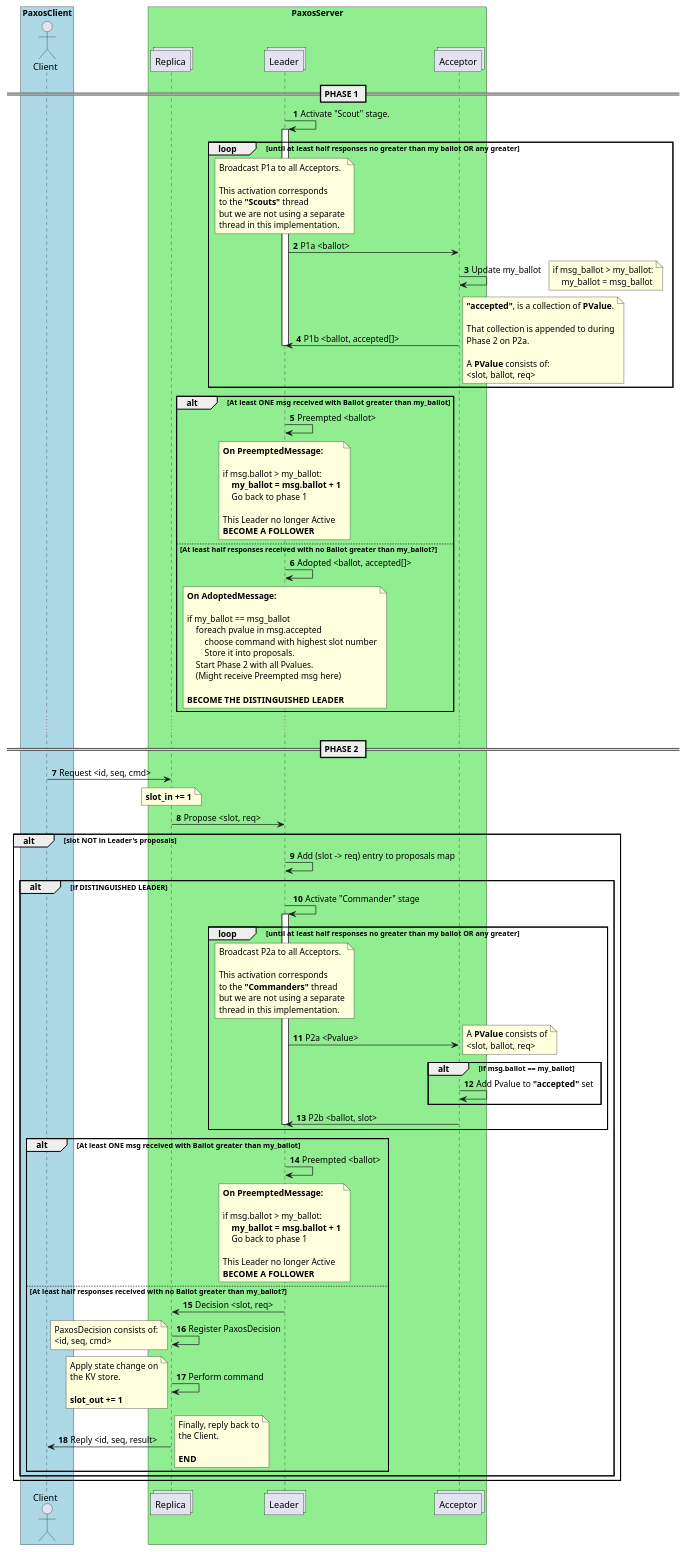
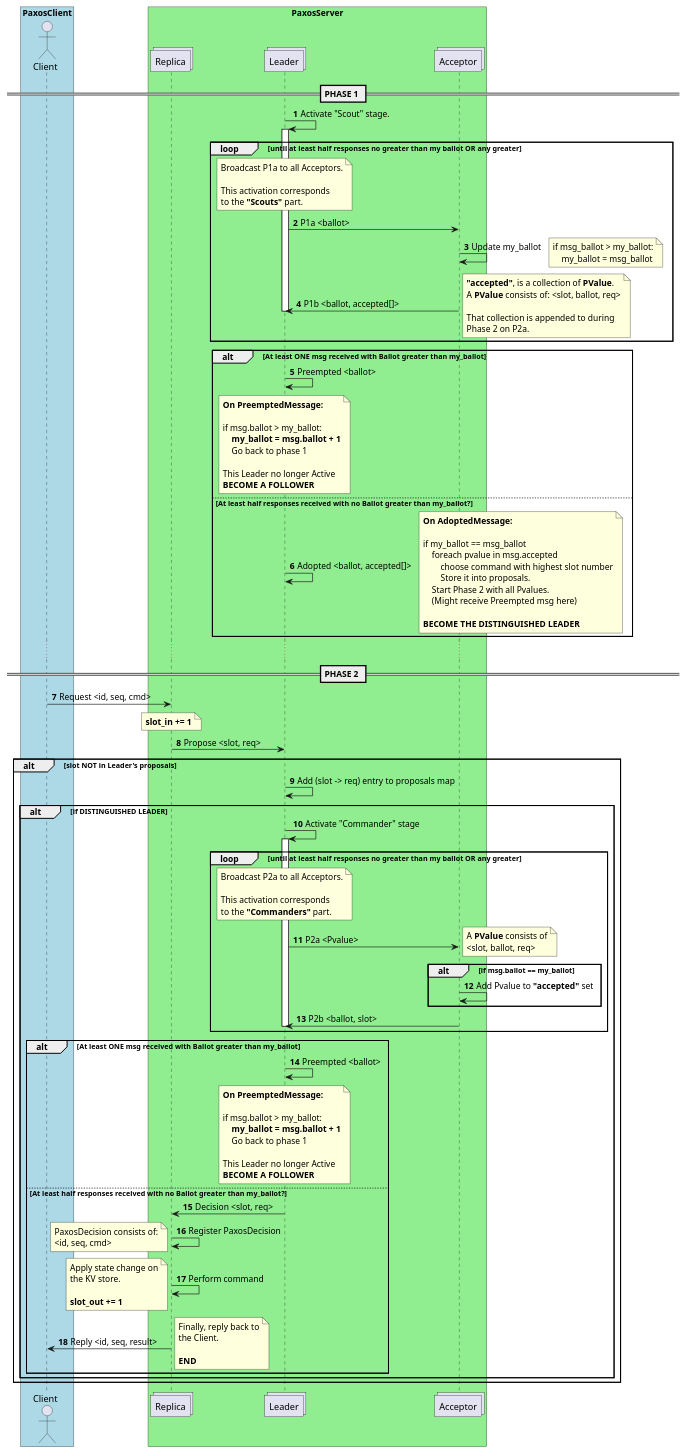
One commit to rodyce/paxos_understand changed the diagram in paxos_sequence.puml. Above: the diagram before and after it, drawn with PlantUML. The commit also changed 3 other files, not shown here.

```diff
--- a/paxos_sequence.puml
+++ b/paxos_sequence.puml
@@ -1,166 +1,160 @@
 @startuml PAXOS
 
 autonumber
 box "PaxosClient" #LightBlue
     actor Client
 end box
 box "PaxosServer" #LightGreen
     collections "Replica" as Replica
     collections "Leader" as Leader
     collections "Acceptor" as Acceptor
 end box
 
 
 == PHASE 1 ==
 
 Leader -> Leader : Activate "Scout" stage.
 
 activate Leader
 
 loop until at least half responses no greater than my ballot OR any greater
     note over Leader
         Broadcast P1a to all Acceptors.
 
         This activation corresponds
-        to the **"Scouts"** thread
-        but we are not using a separate
-        thread in this implementation.
+        to the **"Scouts"** part.
     end note
 
     Leader -> Acceptor : P1a <ballot>
 
     Acceptor -> Acceptor : Update my_ballot
     note right
         if msg_ballot > my_ballot:
             my_ballot = msg_ballot
     end note
 
     Acceptor -> Leader : P1b <ballot, accepted[]>
     note right
         **"accepted"**, is a collection of **PValue**.
+        A **PValue** consists of: <slot, ballot, req>
         
         That collection is appended to during
         Phase 2 on P2a.
-
-        A **PValue** consists of:
-        <slot, ballot, req>
     end note
 
     deactivate Leader
 end
 
 alt At least ONE msg received with Ballot greater than my_ballot
     Leader -> Leader : Preempted <ballot>
     note over Leader
         **On PreemptedMessage:**
 
         if msg.ballot > my_ballot:
             **my_ballot = msg.ballot + 1**
             Go back to phase 1
 
         This Leader no longer Active
         **BECOME A FOLLOWER**
     end note
 else At least half responses received with no Ballot greater than my_ballot?
     Leader -> Leader : Adopted <ballot, accepted[]>
-    note over Leader
+    note right
         **On AdoptedMessage:**
 
         if my_ballot == msg_ballot
             foreach pvalue in msg.accepted
                 choose command with highest slot number
                 Store it into proposals.
             Start Phase 2 with all Pvalues.
             (Might receive Preempted msg here)
 
         **BECOME THE DISTINGUISHED LEADER**
     end note
 end
 
 
 ...
 
 == PHASE 2 ==
 
 Client -> Replica : Request <id, seq, cmd>
 note over Replica
     **slot_in += 1**
 end note
 
 Replica -> Leader : Propose <slot, req>
 
 alt slot NOT in Leader's proposals
     Leader -> Leader : Add (slot -> req) entry to proposals map
 
     alt if DISTINGUISHED LEADER
         Leader -> Leader : Activate "Commander" stage
         activate Leader
 
         loop until at least half responses no greater than my ballot OR any greater
             note over Leader
                 Broadcast P2a to all Acceptors.
 
                 This activation corresponds
-                to the **"Commanders"** thread
-                but we are not using a separate
-                thread in this implementation.
+                to the **"Commanders"** part.
             end note
 
             Leader -> Acceptor : P2a <Pvalue>
             note right
                 A **PValue** consists of
                 <slot, ballot, req>
             end note
 
             alt if msg.ballot == my_ballot
                 Acceptor -> Acceptor : Add Pvalue to **"accepted"** set
             end
 
 
             Acceptor -> Leader : P2b <ballot, slot>
 
             deactivate Leader
         end
 
         alt At least ONE msg received with Ballot greater than my_ballot
             Leader -> Leader : Preempted <ballot>
 
             note over Leader
                 **On PreemptedMessage:**
 
                 if msg.ballot > my_ballot:
                     **my_ballot = msg.ballot + 1**
                     Go back to phase 1
 
                 This Leader no longer Active
                 **BECOME A FOLLOWER**
             end note
         else At least half responses received with no Ballot greater than my_ballot?
             Leader -> Replica : Decision <slot, req>
 
             Replica -> Replica : Register PaxosDecision
             note left
                 PaxosDecision consists of:
                 <id, seq, cmd>
             end note
 
             Replica -> Replica : Perform command
             note left
                 Apply state change on
                 the KV store.
 
                 **slot_out += 1**
             end note
 
             Replica -> Client : Reply <id, seq, result>
             note right
                 Finally, reply back to
                 the Client.
 
                 **END**
             end note
         end
     end
 end
 
 @enduml
```
